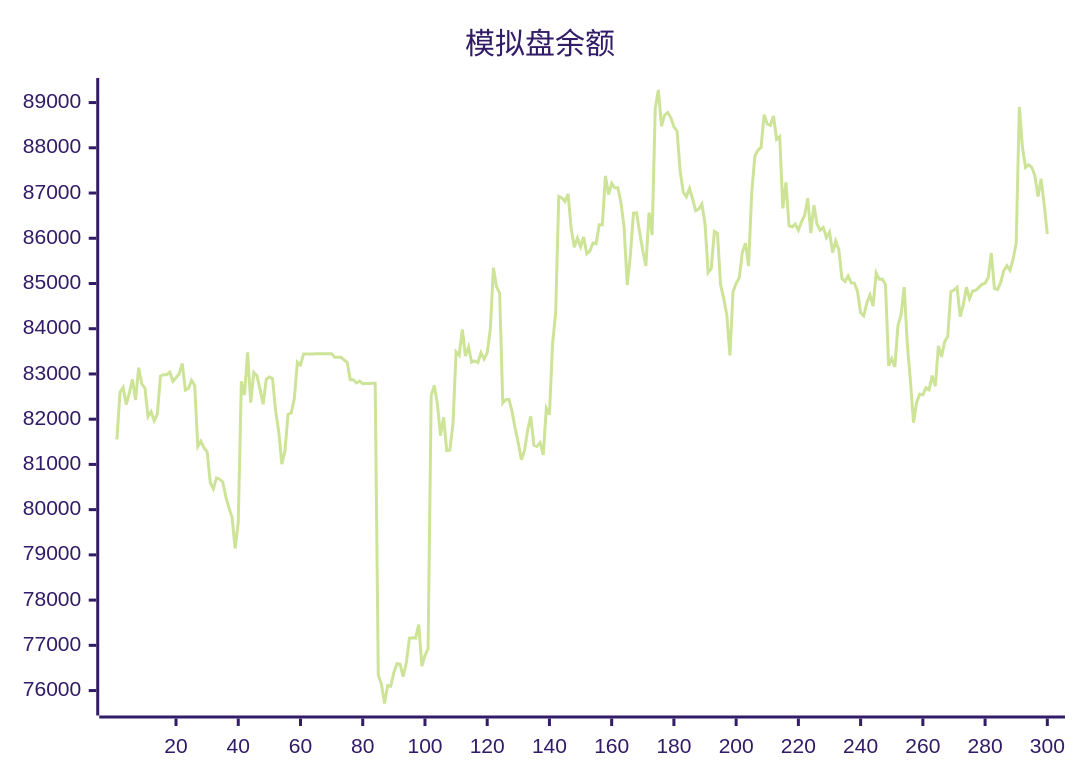
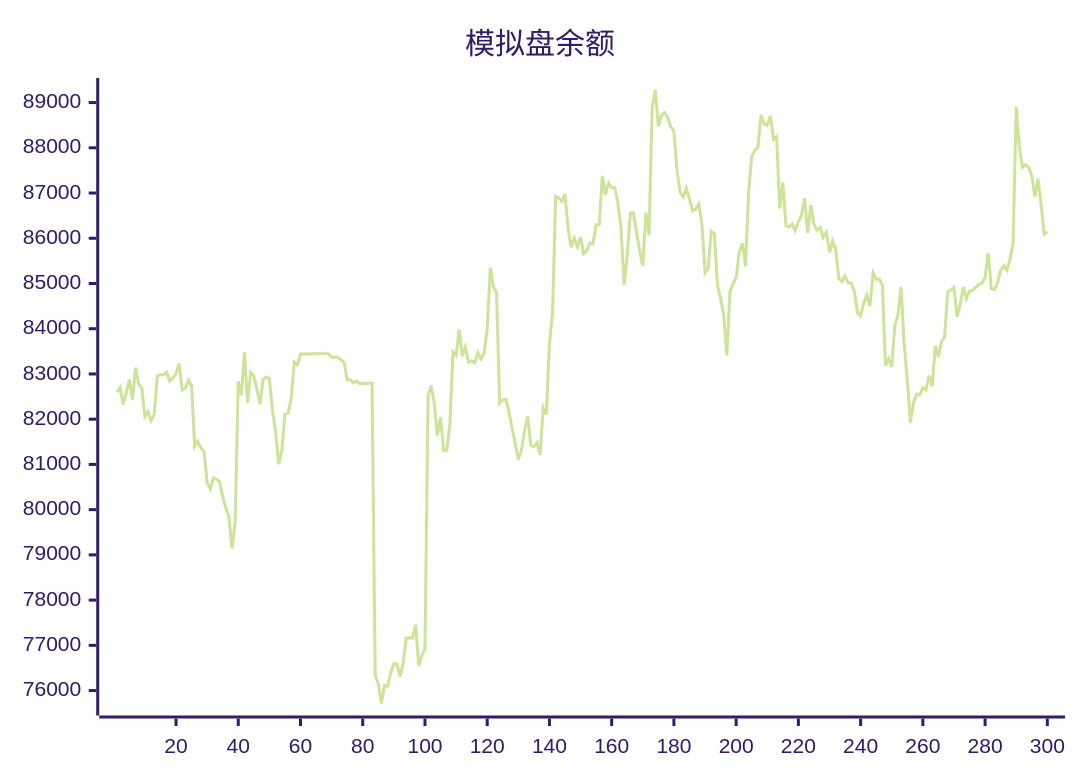
Before and after one commit to aahl/ai-trading: the diagram in README.md, drawn with Mermaid (forest theme). The commit also changed other lines of this file and 1 other file, not shown here.

````diff
--- a/README.md
+++ b/README.md
@@ -5,5 +5,5 @@
 ```mermaid
 xychart
     title "模拟盘余额"
-    line [81551,82598,82702,82320,82580,82878,82426,83139,82778,82686,82056,82166,81963,82110,82951,82983,82984,83038,82838,82915,82998,83235,82642,82682,82858,82746,81396,81512,81362,81277,80600,80461,80699,80673,80616,80288,80038,79836,79142,79722,82837,82533,83480,82366,83032,82960,82654,82330,82883,82934,82901,82188,81728,81005,81298,82110,82135,82449,83264,83203,83440,83439,83440,83440,83446,83447,83448,83447,83448,83449,83369,83369,83369,83313,83256,82872,82873,82801,82844,82785,82791,82791,82793,82794,76339,76145,75714,76110,76096,76397,76594,76585,76310,76607,77160,77170,77160,77456,76541,76774,76927,82520,82744,82337,81639,82040,81307,81314,81887,83490,83414,83984,83396,83594,83261,83287,83253,83470,83327,83465,83987,85348,84930,84786,82355,82433,82438,82167,81795,81466,81105,81315,81756,82064,81426,81398,81481,81210,82242,82099,83658,84359,86925,86892,86814,86980,86203,85802,86003,85811,86028,85657,85721,85896,85880,86300,86299,87378,86965,87214,87115,87118,86780,86238,84966,85623,86555,86562,86129,85722,85387,86569,86070,88870,89278,88477,88720,88781,88668,88467,88372,87493,87018,86917,87102,86870,86613,86644,86758,86317,85242,85334,86149,86106,84968,84671,84302,83410,84816,85001,85127,85693,85891,85384,87001,87811,87945,88007,88734,88528,88495,88705,88189,88248,86662,87234,86279,86251,86314,86177,86364,86503,86886,86114,86731,86310,86176,86240,86017,86136,85685,85938,85749,85111,85044,85164,85016,85008,84824,84354,84287,84572,84745,84500,85234,85096,85095,84970,83180,83338,83157,84070,84309,84922,83667,82850,81924,82369,82552,82539,82695,82648,82962,82728,83619,83378,83710,83825,84819,84854,84917,84265,84527,84919,84668,84834,84850,84916,84981,85004,85131,85674,84891,84864,85019,85284,85393,85294,85538,85894,88904,88012,87567,87625,87568,87386,86920,87313,86737,86094]
+    line [82598,82702,82320,82580,82878,82426,83139,82778,82686,82056,82166,81963,82110,82951,82983,82984,83038,82838,82915,82998,83235,82642,82682,82858,82746,81396,81512,81362,81277,80600,80461,80699,80673,80616,80288,80038,79836,79142,79722,82837,82533,83480,82366,83032,82960,82654,82330,82883,82934,82901,82188,81728,81005,81298,82110,82135,82449,83264,83203,83440,83439,83440,83440,83446,83447,83448,83447,83448,83449,83369,83369,83369,83313,83256,82872,82873,82801,82844,82785,82791,82791,82793,82794,76339,76145,75714,76110,76096,76397,76594,76585,76310,76607,77160,77170,77160,77456,76541,76774,76927,82520,82744,82337,81639,82040,81307,81314,81887,83490,83414,83984,83396,83594,83261,83287,83253,83470,83327,83465,83987,85348,84930,84786,82355,82433,82438,82167,81795,81466,81105,81315,81756,82064,81426,81398,81481,81210,82242,82099,83658,84359,86925,86892,86814,86980,86203,85802,86003,85811,86028,85657,85721,85896,85880,86300,86299,87378,86965,87214,87115,87118,86780,86238,84966,85623,86555,86562,86129,85722,85387,86569,86070,88870,89278,88477,88720,88781,88668,88467,88372,87493,87018,86917,87102,86870,86613,86644,86758,86317,85242,85334,86149,86106,84968,84671,84302,83410,84816,85001,85127,85693,85891,85384,87001,87811,87945,88007,88734,88528,88495,88705,88189,88248,86662,87234,86279,86251,86314,86177,86364,86503,86886,86114,86731,86310,86176,86240,86017,86136,85685,85938,85749,85111,85044,85164,85016,85008,84824,84354,84287,84572,84745,84500,85234,85096,85095,84970,83180,83338,83157,84070,84309,84922,83667,82850,81924,82369,82552,82539,82695,82648,82962,82728,83619,83378,83710,83825,84819,84854,84917,84265,84527,84919,84668,84834,84850,84916,84981,85004,85131,85674,84891,84864,85019,85284,85393,85294,85538,85894,88904,88012,87567,87625,87568,87386,86920,87313,86737,86094,86143]
 ```
````
